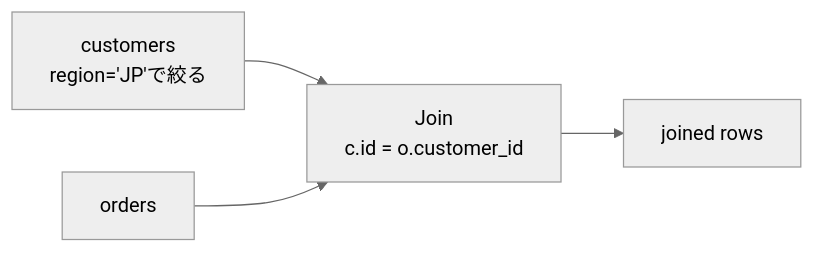
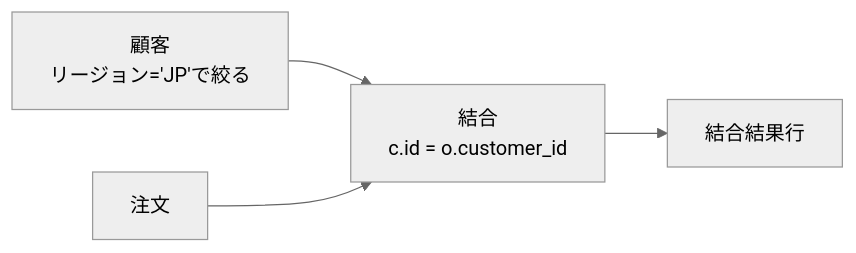
One commit to hirunebot/database-systems-book changed the first of 8 diagrams in src/content/docs/03-query-processing/08-join-algorithms.md. Above: the diagram before and after it, drawn with Mermaid (neutral theme). The commit also changed other lines of this file and 42 other files, not shown here.

````diff
--- a/src/content/docs/03-query-processing/08-join-algorithms.md
+++ b/src/content/docs/03-query-processing/08-join-algorithms.md
@@ -34,6 +34,6 @@
 ```mermaid
 flowchart LR
-    C["customers<br/>region='JP'で絞る"] --> J["Join<br/>c.id = o.customer_id"]
-    O["orders"] --> J
-    J --> R["joined rows"]
+    C["顧客<br/>リージョン='JP'で絞る"] --> J["結合<br/>c.id = o.customer_id"]
+    O["注文"] --> J
+    J --> R["結合結果行"]
 ```
````
